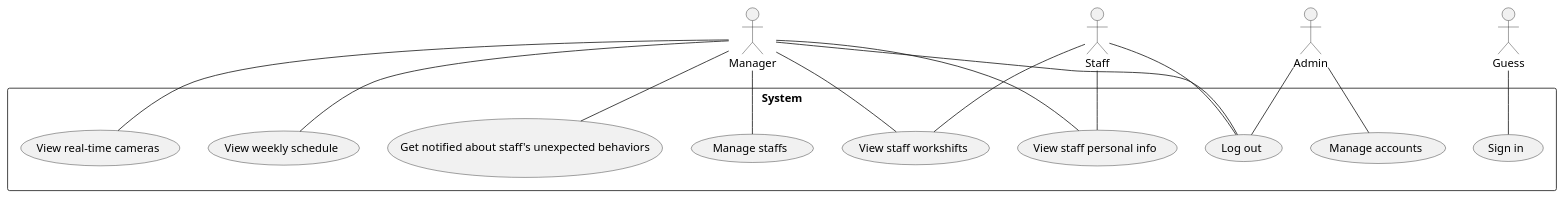
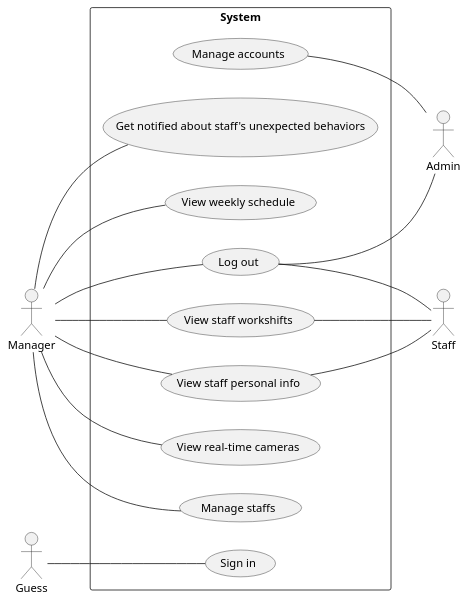
One commit to LapTQ/MCT changed the diagram in docs/UML/Usecase Diagrams/general.pu. Above: the diagram before and after it, drawn with PlantUML. The commit also changed 10 other files, not shown here.

```diff
--- a/docs/UML/Usecase Diagrams/general.pu
+++ b/docs/UML/Usecase Diagrams/general.pu
@@ -1,34 +1,35 @@
 @startuml
+left to right direction
 
 :Manager: as Manager
 :Guess: as Guess
 :Staff: as Staff
 :Admin: as Admin
 
 rectangle System {
     (Sign in) as (UC01)
     (Log out) as (UC02)
     (View real-time cameras) as (UC03)
     (Manage staffs) as (UC04)
     (Get notified about staff's unexpected behaviors) as (UC05)
     (View weekly schedule) as (UC06)
     (View staff personal info) as (UC07)
     (View staff workshifts) as (UC08)
     (Manage accounts) as (UC09)
 }
 
 Guess -- UC01
 Manager -- UC02
 Manager -- UC03
 Manager -- UC04
 Manager -- UC05
 Manager -- UC06
 Manager -- UC07
 Manager -- UC08
-Staff -- UC02
-Staff -- UC07
-Staff -- UC08
-Admin -- UC02
-Admin -- UC09
+Staff -up- UC02
+Staff -up- UC07
+Staff -up- UC08
+Admin -up- UC02
+Admin -up- UC09
 
 @enduml
```
